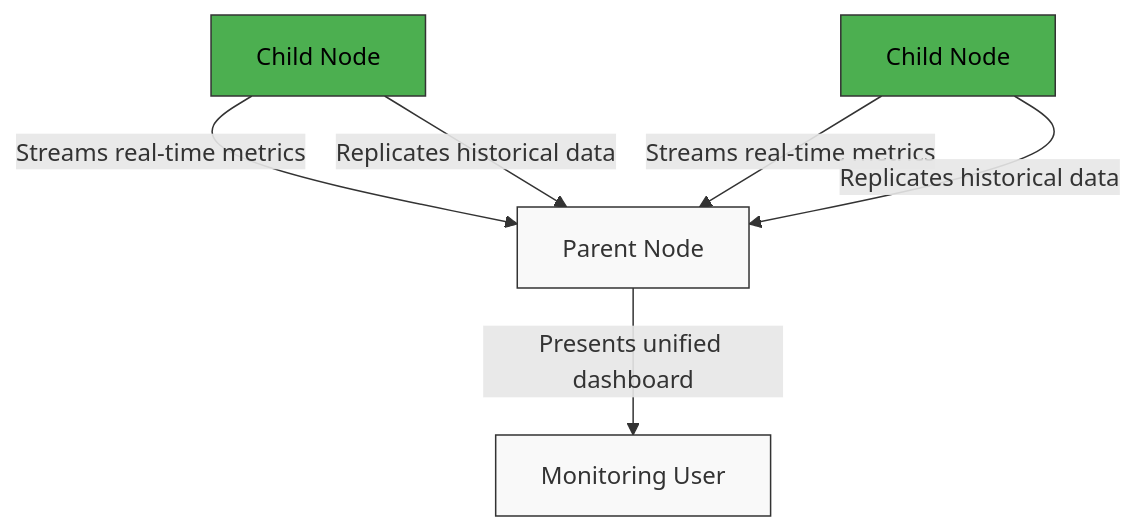
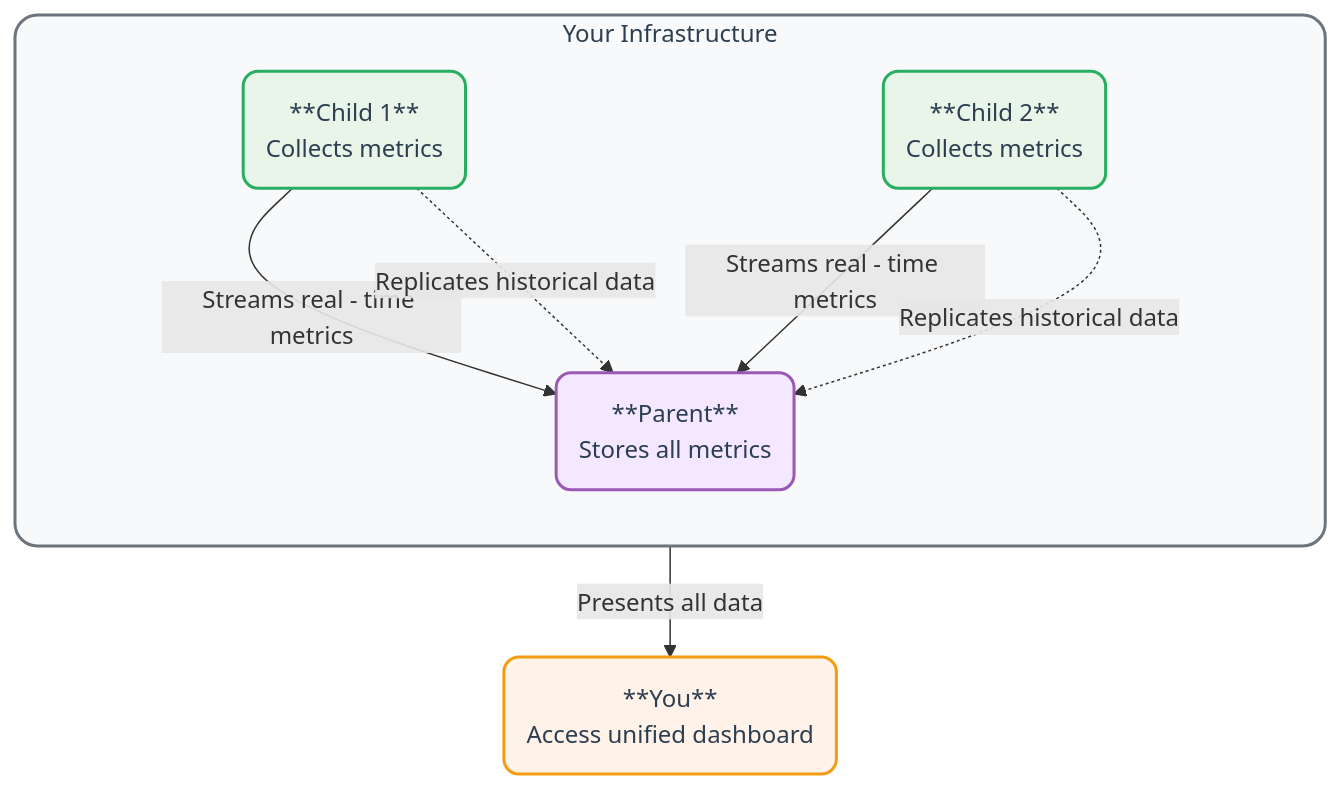
One commit to netdata/netdata changed the first of 2 diagrams in src/streaming/README.md. Above: the diagram before and after it, drawn with Mermaid. The commit also changed other lines of this file and 7 other files, not shown here.

````diff
--- a/src/streaming/README.md
+++ b/src/streaming/README.md
@@ -21,13 +24,29 @@
 ```mermaid
-graph TD
-    A[Child Node] -->|Streams real-time metrics| B[Parent Node]
-    A -->|Replicates historical data| B
-    C[Child Node] -->|Streams real-time metrics| B
-    C -->|Replicates historical data| B
-    B -->|Presents unified dashboard| D[Monitoring User]
-    
-classDef default fill:#f9f9f9,stroke:#333,stroke-width:1px,color:#333;
-classDef green fill:#4caf50,stroke:#333,stroke-width:1px,color:black;
-class A,C green;
-class B,D default;
+flowchart TB
+    subgraph infrastructure["Your Infrastructure"]
+        direction TB
+        C1[C1]
+        C2[C2]
+        P[P]
+        C1("**Child 1**<br/>Collects metrics")
+        C2("**Child 2**<br/>Collects metrics")
+        P("**Parent**<br/>Stores all metrics")
+        C1 -->|Streams real - time metrics| P
+        C1 -.->|Replicates historical data| P
+        C2 -->|Streams real - time metrics| P
+        C2 -.->|Replicates historical data| P
+    end
+
+    U[U]
+    U("**You**<br/>Access unified dashboard")
+    P -->|Presents all data| U
+    classDef child fill: #e8f5e8, stroke: #27ae60, stroke-width: 2px, color: #2c3e50, rx: 10, ry: 10
+    classDef parent fill: #f3e8ff, stroke: #9b59b6, stroke-width: 2px, color: #2c3e50, rx: 10, ry: 10
+    classDef user fill: #fff2e8, stroke: #f39c12, stroke-width: 2px, color: #2c3e50, rx: 10, ry: 10
+    classDef subgraphStyle fill: #f8f9fa, stroke: #6c757d, stroke-width: 2px, color: #2c3e50, rx: 15, ry: 15
+    class C1 child
+    class C2 child
+    class P parent
+    class U user
+    class infrastructure subgraphStyle
 ```
````
